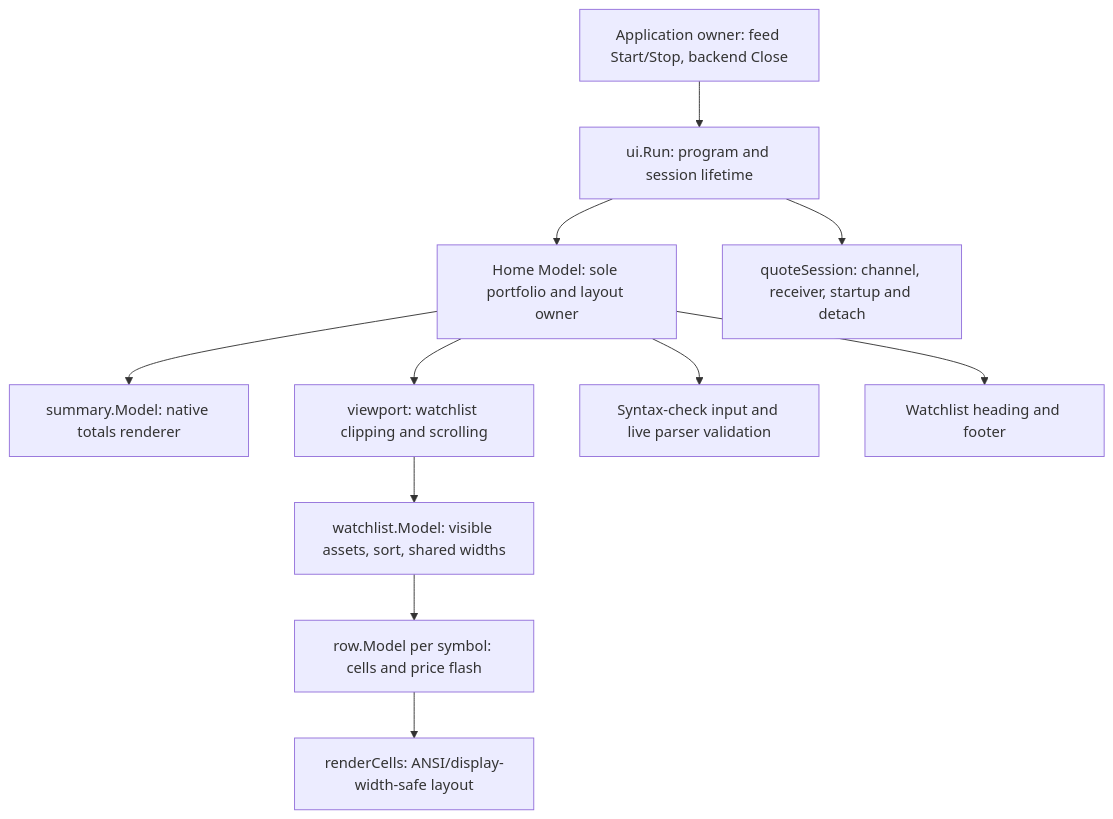
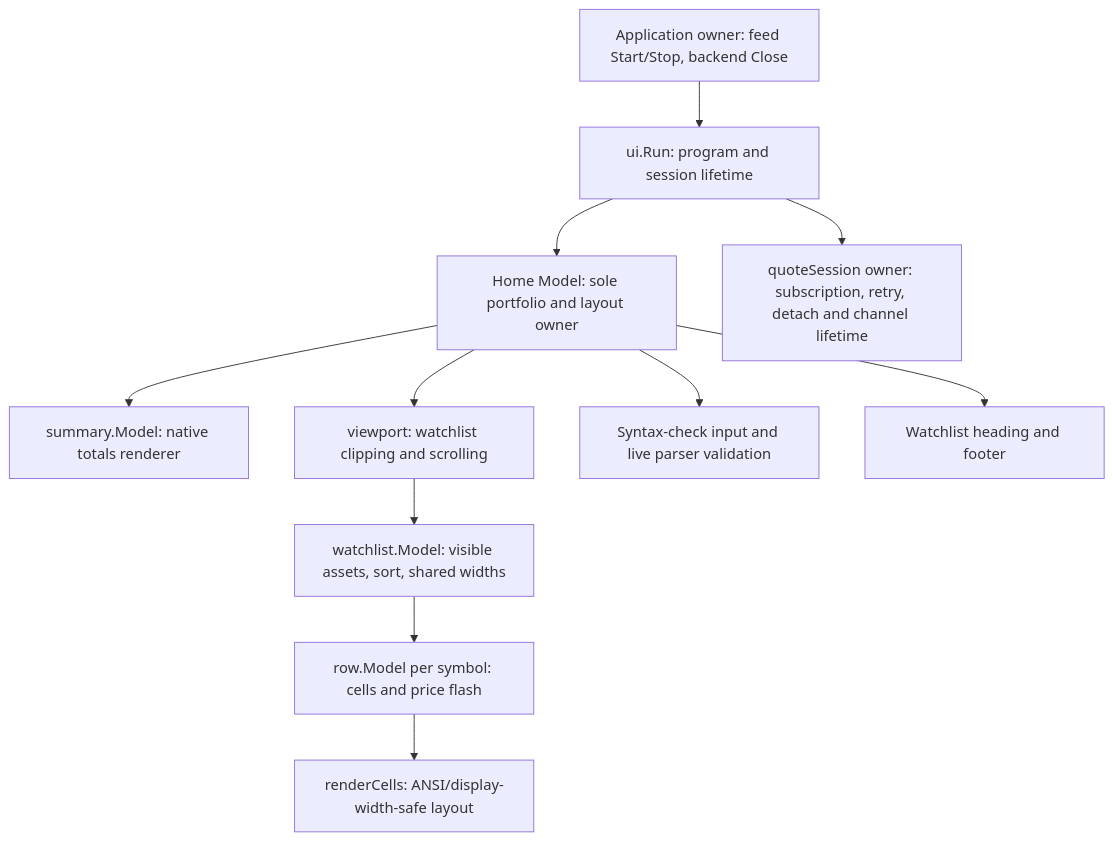
One commit to murphytalk/urphin changed the first of 2 diagrams in docs/ui-msg-flow.md. Above: the diagram before and after it, drawn with Mermaid. The commit also changed other lines of this file and 5 other files, not shown here.

````diff
--- a/docs/ui-msg-flow.md
+++ b/docs/ui-msg-flow.md
@@ -7,13 +7,13 @@
 ```mermaid
 flowchart TD
     App["Application owner: feed Start/Stop, backend Close"] --> Run["ui.Run: program and session lifetime"]
     Run --> Home["Home Model: sole portfolio and layout owner"]
-    Run --> Session["quoteSession: channel, receiver, startup and detach"]
+    Run --> Session["quoteSession owner: subscription, retry, detach and channel lifetime"]
     Home --> Summary["summary.Model: native totals renderer"]
     Home --> Viewport["viewport: watchlist clipping and scrolling"]
     Viewport --> Watchlist["watchlist.Model: visible assets, sort, shared widths"]
     Watchlist --> Rows["row.Model per symbol: cells and price flash"]
     Rows --> Cells["renderCells: ANSI/display-width-safe layout"]
     Home --> CommandInput["Syntax-check input and live parser validation"]
     Home --> Chrome["Watchlist heading and footer"]
 ```
````
